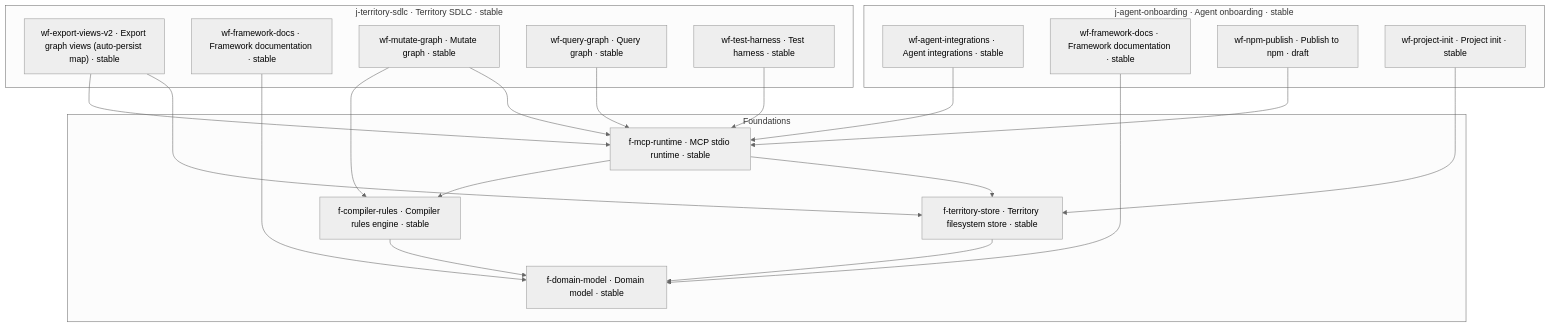
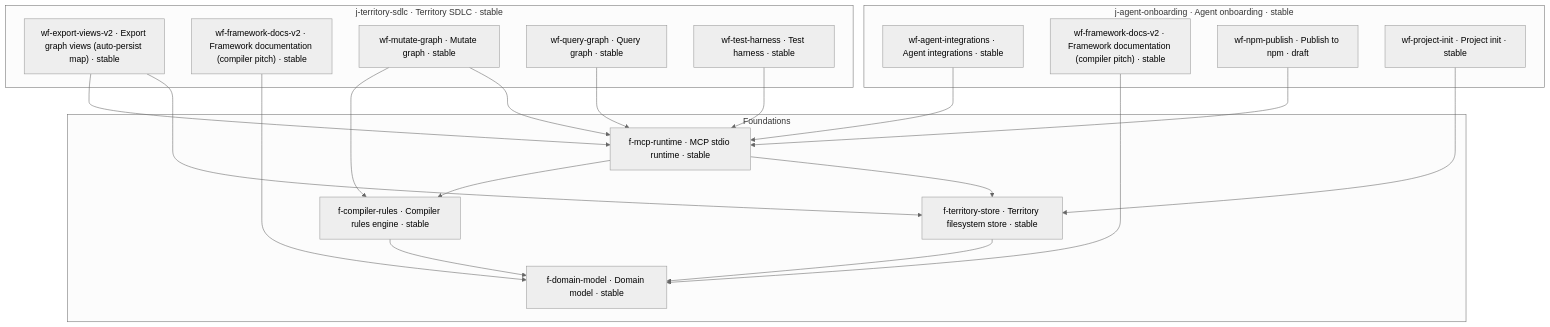
One commit to nbiro/mindplan changed the diagram in mindplan/map.md. Above: the diagram before and after it, drawn with Mermaid (neutral theme). The commit also changed 6 other files, not shown here.

````diff
--- a/mindplan/map.md
+++ b/mindplan/map.md
@@ -5,37 +5,37 @@
 ```mermaid
 flowchart TB
   subgraph foundations["Foundations"]
     f_compiler_rules["f-compiler-rules · Compiler rules engine · stable"]
     f_domain_model["f-domain-model · Domain model · stable"]
     f_mcp_runtime["f-mcp-runtime · MCP stdio runtime · stable"]
     f_territory_store["f-territory-store · Territory filesystem store · stable"]
   end
   subgraph journey_j_agent_onboarding["j-agent-onboarding · Agent onboarding · stable"]
     wf_agent_integrations__in__j_agent_onboarding["wf-agent-integrations · Agent integrations · stable"]
-    wf_framework_docs__in__j_agent_onboarding["wf-framework-docs · Framework documentation · stable"]
+    wf_framework_docs_v2__in__j_agent_onboarding["wf-framework-docs-v2 · Framework documentation (compiler pitch) · stable"]
     wf_npm_publish__in__j_agent_onboarding["wf-npm-publish · Publish to npm · draft"]
     wf_project_init__in__j_agent_onboarding["wf-project-init · Project init · stable"]
   end
   subgraph journey_j_territory_sdlc["j-territory-sdlc · Territory SDLC · stable"]
     wf_export_views_v2__in__j_territory_sdlc["wf-export-views-v2 · Export graph views (auto-persist map) · stable"]
-    wf_framework_docs__in__j_territory_sdlc["wf-framework-docs · Framework documentation · stable"]
+    wf_framework_docs_v2__in__j_territory_sdlc["wf-framework-docs-v2 · Framework documentation (compiler pitch) · stable"]
     wf_mutate_graph__in__j_territory_sdlc["wf-mutate-graph · Mutate graph · stable"]
     wf_query_graph__in__j_territory_sdlc["wf-query-graph · Query graph · stable"]
     wf_test_harness__in__j_territory_sdlc["wf-test-harness · Test harness · stable"]
   end
   f_compiler_rules --> f_domain_model
   f_mcp_runtime --> f_compiler_rules
   f_mcp_runtime --> f_territory_store
   f_territory_store --> f_domain_model
   wf_agent_integrations__in__j_agent_onboarding --> f_mcp_runtime
   wf_export_views_v2__in__j_territory_sdlc --> f_mcp_runtime
   wf_export_views_v2__in__j_territory_sdlc --> f_territory_store
-  wf_framework_docs__in__j_agent_onboarding --> f_domain_model
-  wf_framework_docs__in__j_territory_sdlc --> f_domain_model
+  wf_framework_docs_v2__in__j_agent_onboarding --> f_domain_model
+  wf_framework_docs_v2__in__j_territory_sdlc --> f_domain_model
   wf_mutate_graph__in__j_territory_sdlc --> f_compiler_rules
   wf_mutate_graph__in__j_territory_sdlc --> f_mcp_runtime
   wf_npm_publish__in__j_agent_onboarding --> f_mcp_runtime
   wf_project_init__in__j_agent_onboarding --> f_territory_store
   wf_query_graph__in__j_territory_sdlc --> f_mcp_runtime
   wf_test_harness__in__j_territory_sdlc --> f_mcp_runtime
 ```
````
